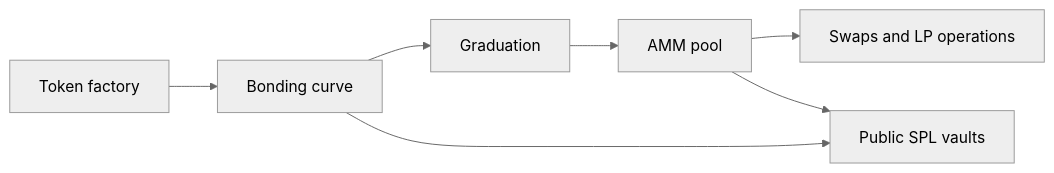
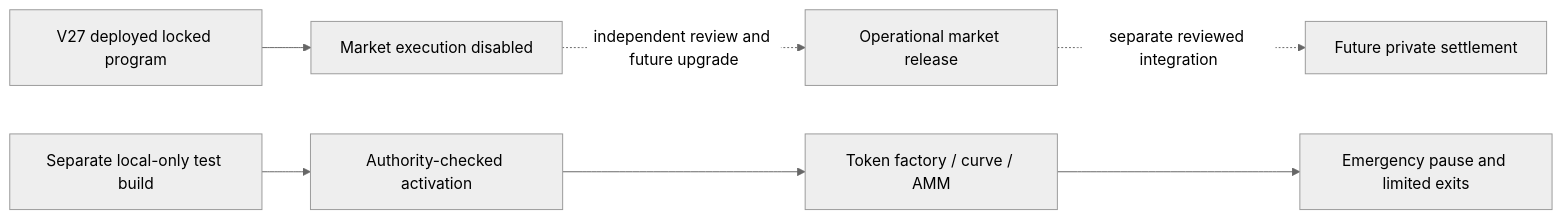
One commit to ghostrings/zolana changed the diagram in README.md. Above: the diagram before and after it, drawn with Mermaid (neutral theme). The commit also changed other lines of this file and 53 other files, not shown here.

````diff
--- a/README.md
+++ b/README.md
@@ -78,9 +96,9 @@
 ```mermaid
 flowchart LR
-    A[Token factory] --> B[Bonding curve]
-    B --> C[Graduation]
-    C --> D[AMM pool]
-    D --> E[Swaps and LP operations]
-    B --> F[Public SPL vaults]
-    D --> F
+    A[V27 deployed locked program] --> B[Market execution disabled]
+    C[Separate local-only test build] --> D[Authority-checked activation]
+    D --> E[Token factory / curve / AMM]
+    E --> F[Emergency pause and limited exits]
+    B -. independent review and future upgrade .-> G[Operational market release]
+    G -. separate reviewed integration .-> H[Future private settlement]
 ```
````
